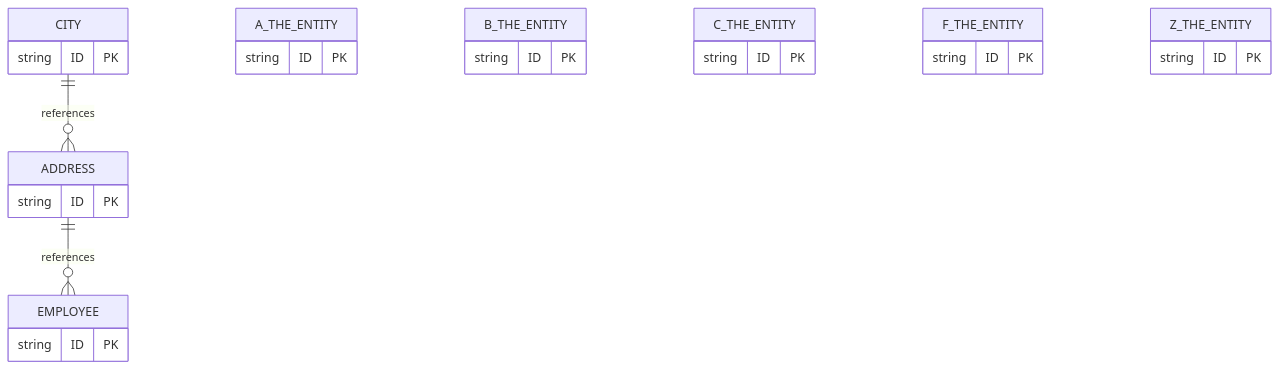
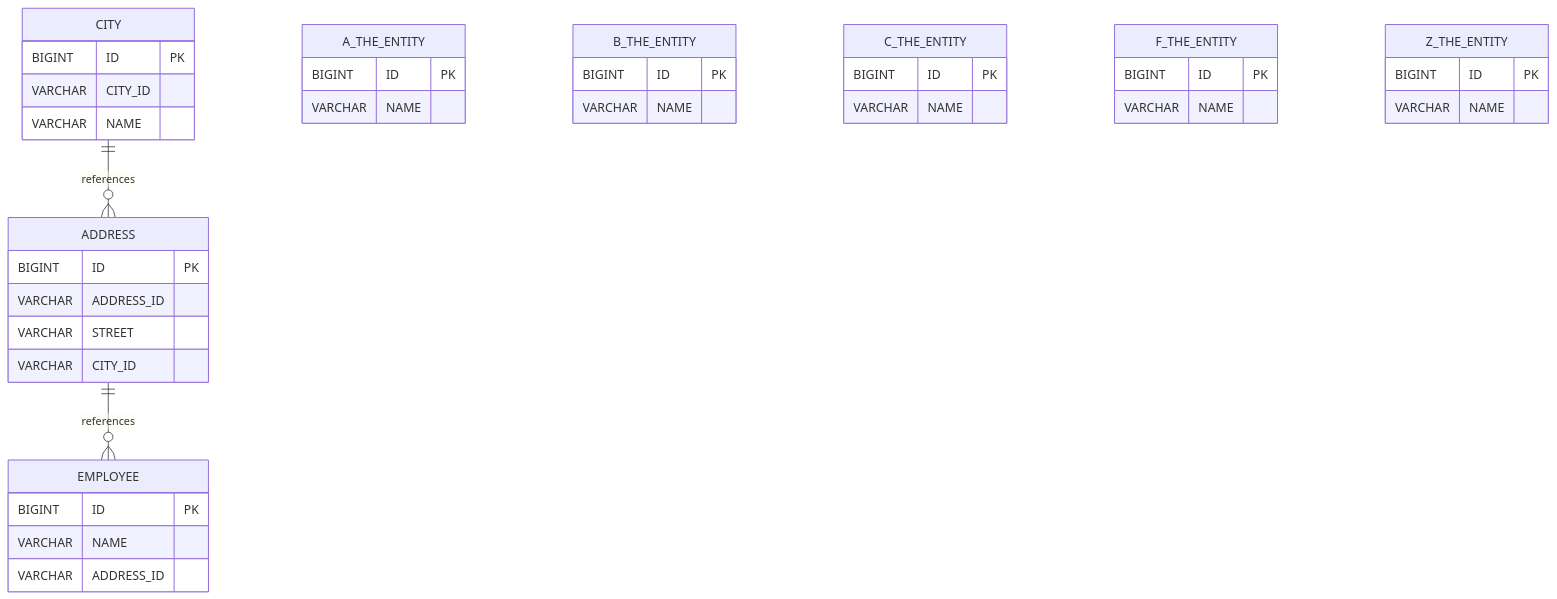
One commit to mike-seger/db-introspection changed the diagram in TestDiagram.md. Above: the diagram before and after it, drawn with Mermaid.

````diff
--- a/TestDiagram.md
+++ b/TestDiagram.md
@@ -1,30 +1,42 @@
 ```mermaid
 erDiagram
     ADDRESS {
-        string ID PK
+        BIGINT ID PK
+        VARCHAR ADDRESS_ID
+        VARCHAR STREET
+        VARCHAR CITY_ID
     }
     CITY ||--o{ ADDRESS : references
     A_THE_ENTITY {
-        string ID PK
+        BIGINT ID PK
+        VARCHAR NAME
     }
     B_THE_ENTITY {
-        string ID PK
+        BIGINT ID PK
+        VARCHAR NAME
     }
     CITY {
-        string ID PK
+        BIGINT ID PK
+        VARCHAR CITY_ID
+        VARCHAR NAME
     }
     C_THE_ENTITY {
-        string ID PK
+        BIGINT ID PK
+        VARCHAR NAME
     }
     EMPLOYEE {
-        string ID PK
+        BIGINT ID PK
+        VARCHAR NAME
+        VARCHAR ADDRESS_ID
     }
     ADDRESS ||--o{ EMPLOYEE : references
     F_THE_ENTITY {
-        string ID PK
+        BIGINT ID PK
+        VARCHAR NAME
     }
     Z_THE_ENTITY {
-        string ID PK
+        BIGINT ID PK
+        VARCHAR NAME
     }
 
 ```
````
